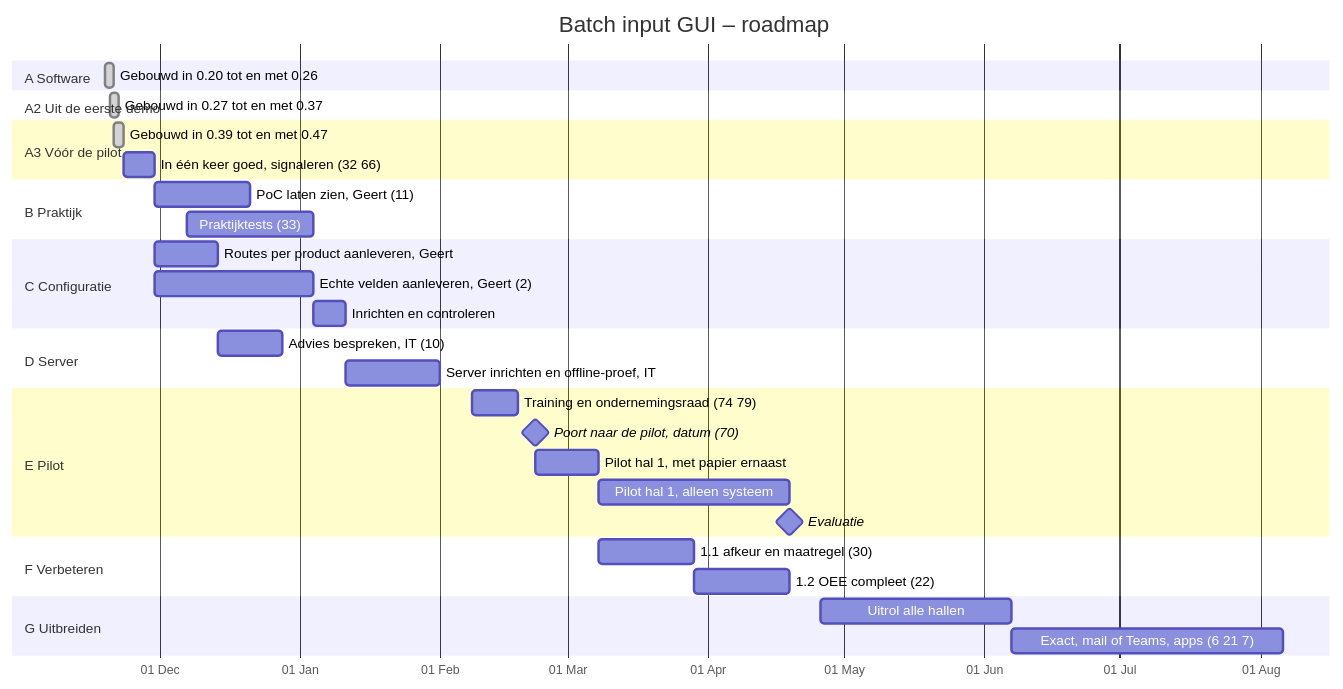
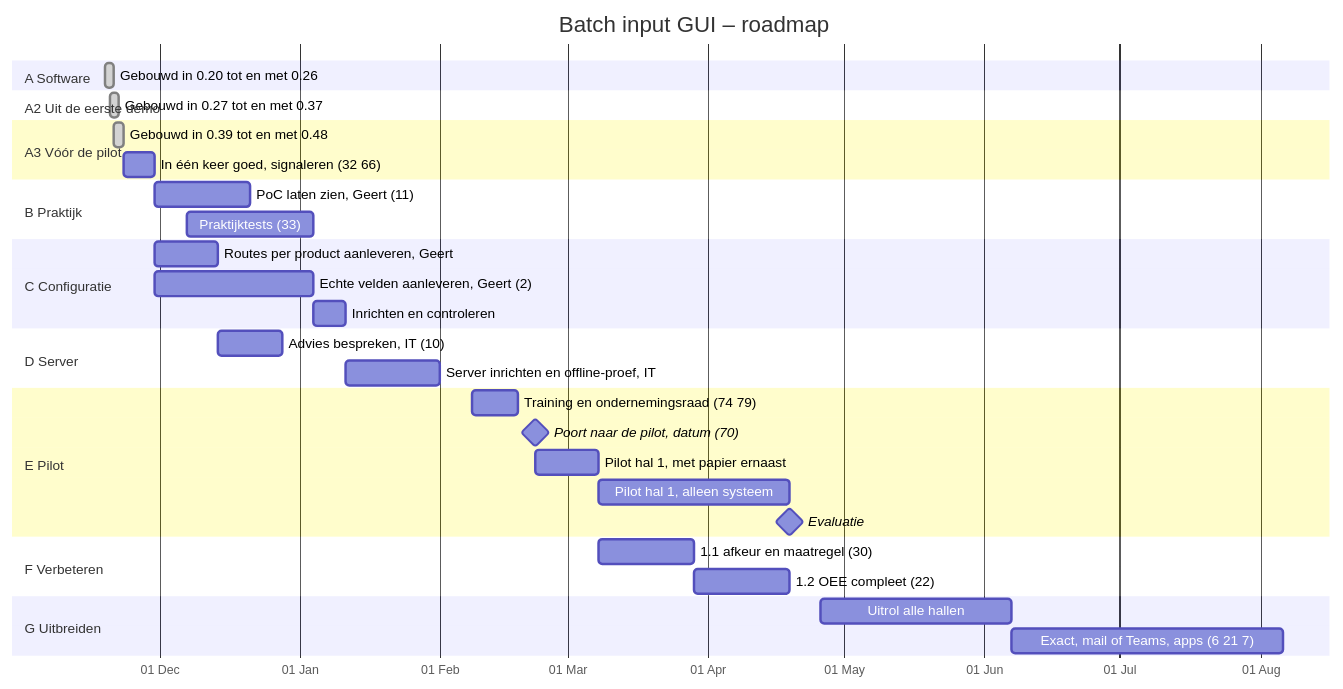
The diagram in ROADMAP.md (Gertjun/Manufacturing-Execution-System), drawn with Mermaid before and after one commit. The commit also changed other lines of this file and 28 other files, not shown here.

````diff
--- a/ROADMAP.md
+++ b/ROADMAP.md
@@ -12,45 +12,45 @@
 ```mermaid
 gantt
     title Batch input GUI – roadmap
     dateFormat YYYY-MM-DD
     axisFormat %d %b
     todayMarker on
 
     section A Software
     Gebouwd in 0.20 tot en met 0.26          :done, a1, 2026-11-19, 2d
 
     section A2 Uit de eerste demo
     Gebouwd in 0.27 tot en met 0.37          :done, a2, 2026-11-20, 2d
 
     section A3 Vóór de pilot
-    Gebouwd in 0.39 tot en met 0.47          :done, a3a, 2026-11-21, 2d
+    Gebouwd in 0.39 tot en met 0.48          :done, a3a, 2026-11-21, 2d
     In één keer goed, signaleren (32 66)     :a3b, 2026-11-23, 7d
 
     section B Praktijk
     PoC laten zien, Geert (11)               :b1, 2026-11-30, 21d
     Praktijktests (33)                       :b2, 2026-12-07, 28d
 
     section C Configuratie
     Routes per product aanleveren, Geert     :c0, 2026-11-30, 14d
     Echte velden aanleveren, Geert (2)       :c1, 2026-11-30, 35d
     Inrichten en controleren                 :c2, after c1, 7d
 
     section D Server
     Advies bespreken, IT (10)                :d1, 2026-12-14, 14d
     Server inrichten en offline-proef, IT    :d2, 2027-01-11, 21d
 
     section E Pilot
     Training en ondernemingsraad (74 79)     :e0, 2027-02-08, 10d
     Poort naar de pilot, datum (70)          :milestone, m1, 2027-02-22, 0d
     Pilot hal 1, met papier ernaast          :e1, 2027-02-22, 14d
     Pilot hal 1, alleen systeem              :e2, after e1, 42d
     Evaluatie                                :milestone, m2, 2027-04-19, 0d
 
     section F Verbeteren
     1.1 afkeur en maatregel (30)             :f1, 2027-03-08, 21d
     1.2 OEE compleet (22)                    :f2, after f1, 21d
 
     section G Uitbreiden
     Uitrol alle hallen                       :g1, 2027-04-26, 42d
     Exact, mail of Teams, apps (6 21 7)      :g2, 2027-06-07, 60d
 ```
````
